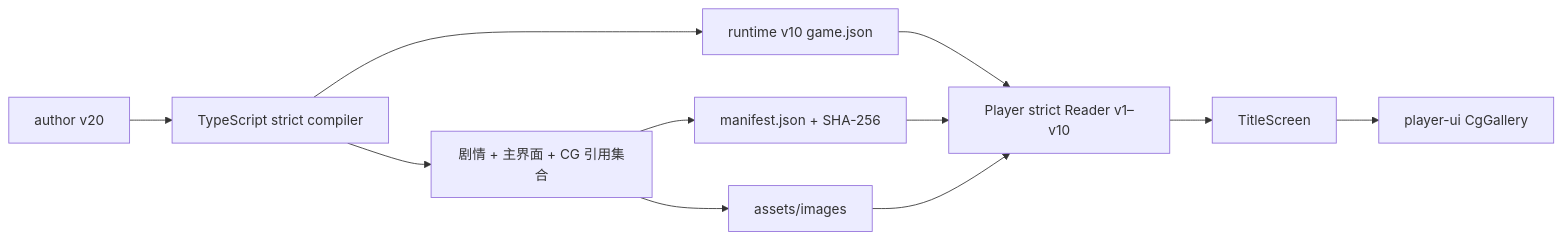
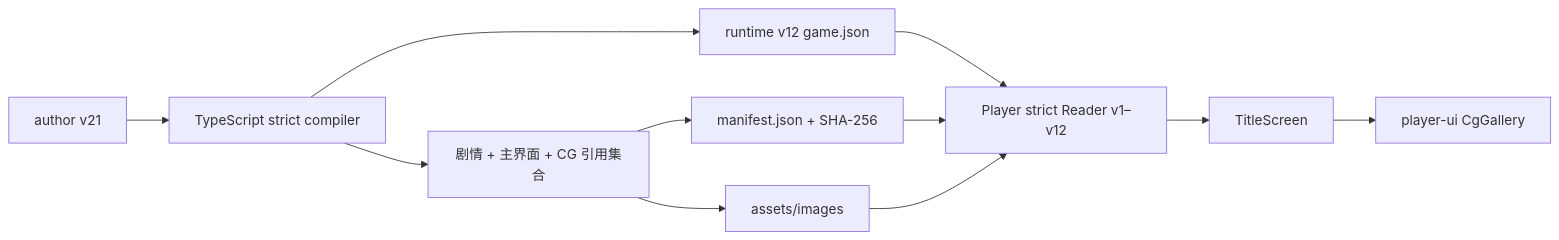
The second of 2 diagrams in docs/cg-gallery-implementation.md (DarkboyRyan/Scratch-Novel-Engine), drawn with Mermaid before and after one commit. The commit also changed other lines of this file and 187 other files, not shown here.

````diff
--- a/docs/cg-gallery-implementation.md
+++ b/docs/cg-gallery-implementation.md
@@ -97,13 +99,13 @@
 ```mermaid
 flowchart LR
-  AUTHOR["author v20"] --> COMPILER["TypeScript strict compiler"]
-  COMPILER --> GAME["runtime v10 game.json"]
+  AUTHOR["author v21"] --> COMPILER["TypeScript strict compiler"]
+  COMPILER --> GAME["runtime v12 game.json"]
   COMPILER --> REFERENCES["剧情 + 主界面 + CG 引用集合"]
   REFERENCES --> MANIFEST["manifest.json + SHA-256"]
   REFERENCES --> MEDIA["assets/images"]
-  GAME --> READER["Player strict Reader v1–v10"]
+  GAME --> READER["Player strict Reader v1–v12"]
   MANIFEST --> READER
   MEDIA --> READER
   READER --> TITLE["TitleScreen"]
   TITLE --> GALLERY["player-ui CgGallery"]
 ```
````
